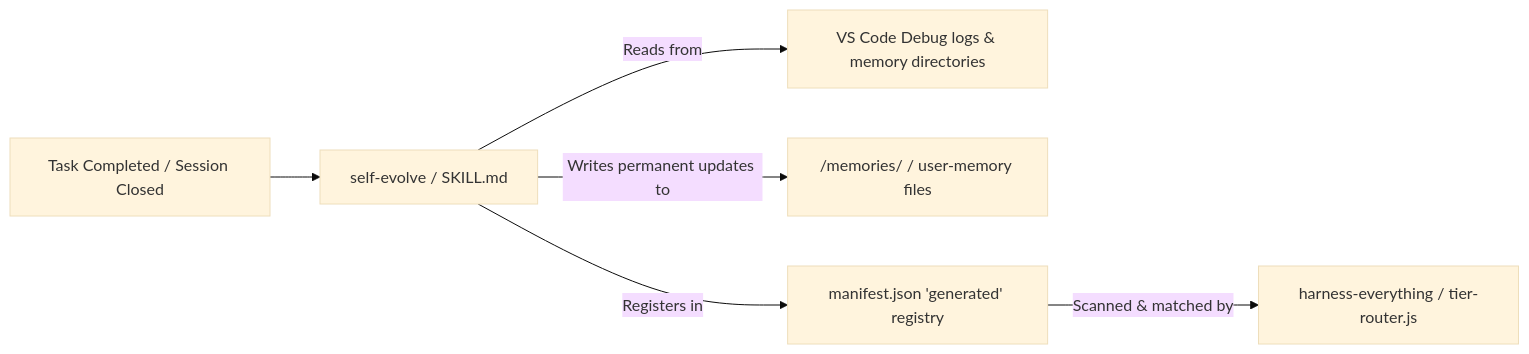
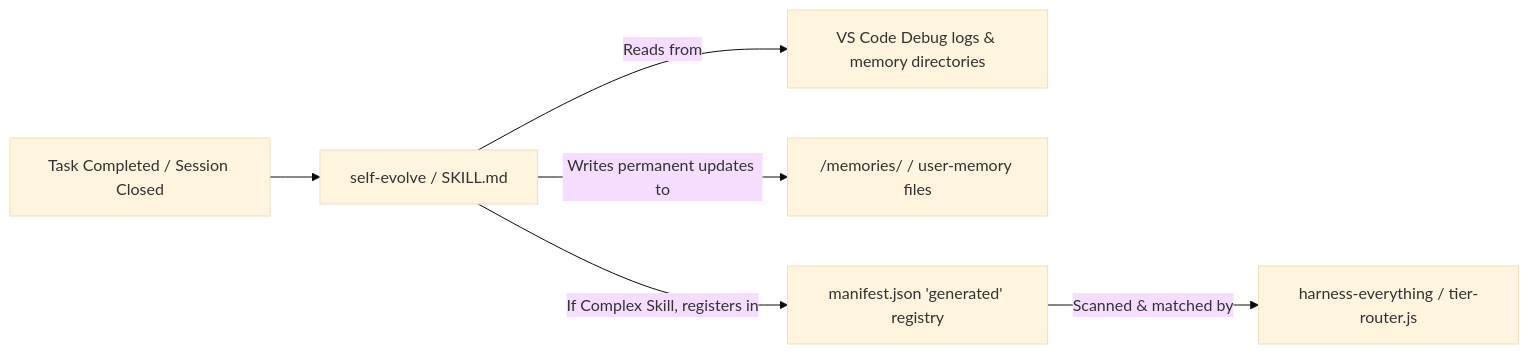
Before and after one commit to dyphn1/Harness-everything: the second of 3 diagrams in docs/workflows/self-evolve.md, drawn with Mermaid (base theme). The commit also changed other lines of this file and 3 other files, not shown here.

Commit message:
refactor(self-evolve): introduce LLM judgment for skill promotion, update workflows and bump versions to 0.3.0

````diff
--- a/docs/workflows/self-evolve.md
+++ b/docs/workflows/self-evolve.md
@@ -28,8 +31,8 @@
 ```mermaid
 graph LR
   SessionEnd["Task Completed / Session Closed"] --> Evolve["self-evolve / SKILL.md"]
   Evolve -->|Reads from| HistoryLog["VS Code Debug logs & memory directories"]
   Evolve -->|Writes permanent updates to| UserMemory["/memories/ / user-memory files"]
-  Evolve -->|Registers in| Manifest["manifest.json 'generated' registry"]
+  Evolve -->|If Complex Skill, registers in| Manifest["manifest.json 'generated' registry"]
   Manifest -->|Scanned & matched by| Router["harness-everything / tier-router.js"]
 ```
````
